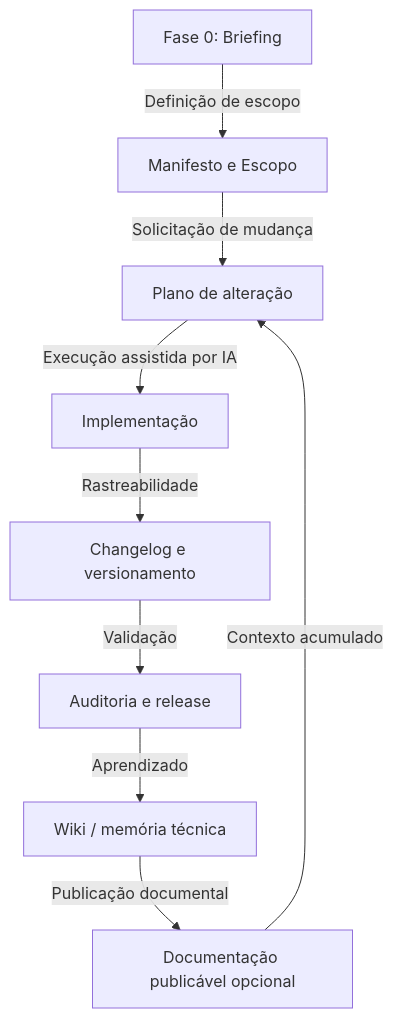
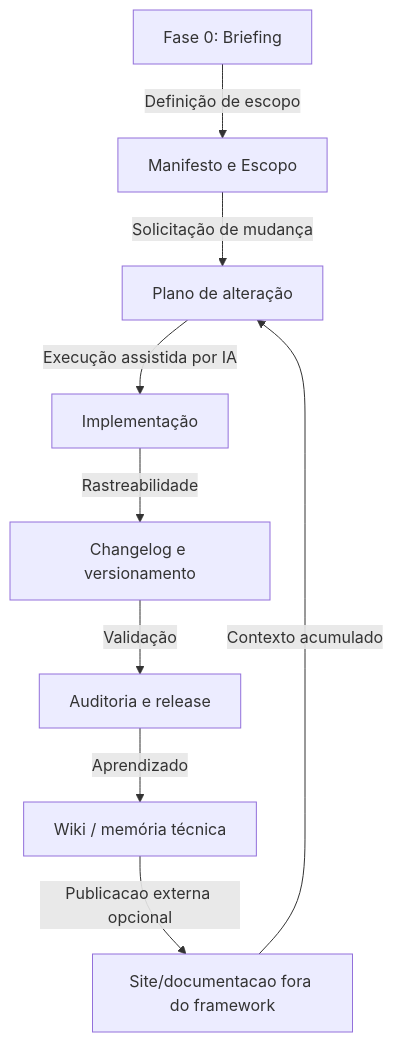
The first of 2 diagrams in FCVW/README.md (Sistema2D/FrameCode-VibeWork), drawn with Mermaid before and after one commit. The commit also changed other lines of this file and 12 other files, not shown here.

````diff
--- a/FCVW/README.md
+++ b/FCVW/README.md
@@ -17,11 +17,11 @@
 ```mermaid
 graph TD
     A["Fase 0: Briefing"] -->|"Definição de escopo"| B["Manifesto e Escopo"]
     B -->|"Solicitação de mudança"| C["Plano de alteração"]
     C -->|"Execução assistida por IA"| D["Implementação"]
     D -->|"Rastreabilidade"| E["Changelog e versionamento"]
     E -->|"Validação"| F["Auditoria e release"]
     F -->|"Aprendizado"| G["Wiki / memória técnica"]
-    G -->|"Publicação documental"| H["Documentação publicável opcional"]
+    G -->|"Publicacao externa opcional"| H["Site/documentacao fora do framework"]
     H -->|"Contexto acumulado"| C
 ```
````
